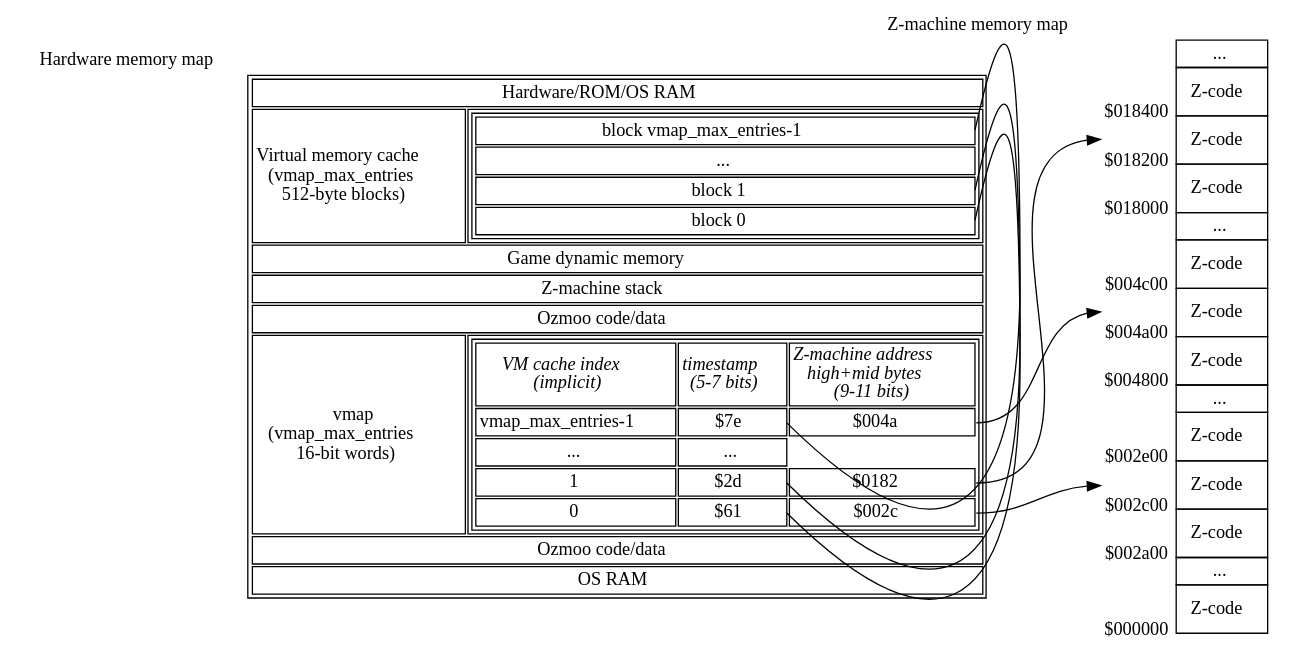
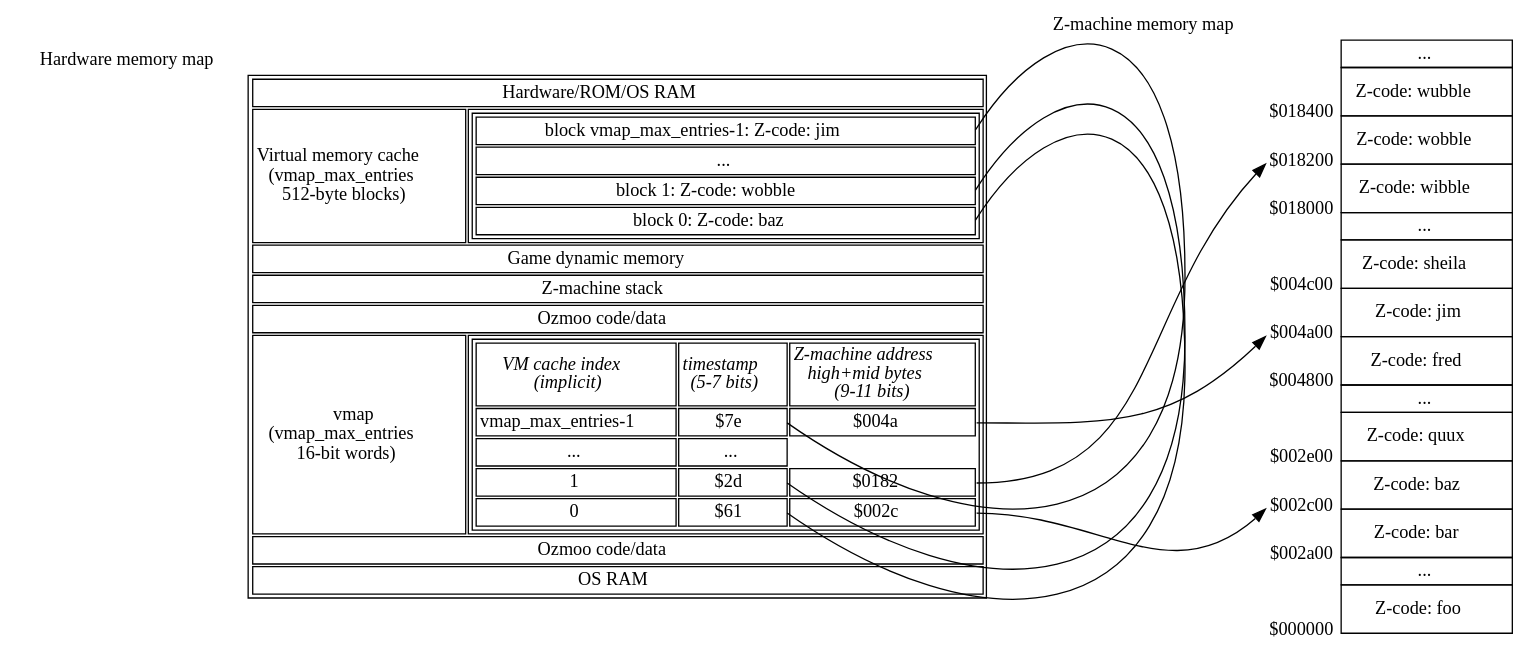
The diagram in documentation/techdocs/memory-map-1.dot (ZornsLemma/ozmoo), drawn with Graphviz before and after one commit.

Commit message:
Snapshot

```diff
--- a/documentation/techdocs/memory-map-1.dot
+++ b/documentation/techdocs/memory-map-1.dot
@@ -1,114 +1,115 @@
 digraph memory {
+    graph [nodesep=2];
     forcelabels=true;
     node [shape=plaintext];
 
     # SFTODO: Rename "top" to "ram"?
     top [xlabel="Hardware memory map", label=<
     <table>
         <tr><td colspan="2">Hardware/ROM/OS RAM</td></tr>
         <!-- SFTODO: could label start of this chunk of memory vmap_first_ram_page -->
         <tr><td>Virtual memory cache<br/>(vmap_max_entries<br/>512-byte blocks)</td>
             <td>
                 <table port="vmem">
-                    <tr><td port="lastblock">block vmap_max_entries-1</td></tr>
+                    <tr><td port="lastblock">block vmap_max_entries-1: Z-code: jim</td></tr>
                     <tr><td>...</td></tr>
-                    <tr><td port="block1">block 1</td></tr>
-                    <tr><td port="block0">block 0</td></tr>
+                    <tr><td port="block1">block 1: Z-code: wobble</td></tr>
+                    <tr><td port="block0">block 0: Z-code: baz</td></tr>
                 </table>
             </td>
         </tr>
         <tr><td colspan="2">Game dynamic memory</td></tr>
         <tr><td colspan="2">Z-machine stack</td></tr>
         <tr><td colspan="2">Ozmoo code/data</td></tr>
         <tr><td>vmap<br/>(vmap_max_entries<br/>16-bit words)</td>
             <td>
                 <table>
                     <tr>
                         <td><i>VM cache index<br/>(implicit)</i></td>
                         <td><i>timestamp<br/>(5-7 bits)</i></td>
                         <td><i>Z-machine address<br/>high+mid bytes<br/>(9-11 bits)</i></td>
                     </tr>
                     <tr><td>vmap_max_entries-1</td><td port="xlastblock">$7e</td><td port="z004a">$004a</td></tr>
                     <tr><td>...</td><td>...</td></tr>
                     <tr><td>1</td><td port="xblock1">$2d</td><td port="z0182">$0182</td></tr>
                     <tr><td>0</td><td port="xblock0">$61</td><td port="z002c">$002c</td></tr>
                 </table>
             </td>
         </tr>
         <tr><td colspan="2">Ozmoo code/data</td></tr>
         <tr><td colspan="2">OS RAM</td></tr>
     </table>>];
 
     zmachine [xlabel="Z-machine memory map", label=<
     <table border="0" cellspacing="0">
         <tr>
             <td></td>
             <td border="1">...</td>
         </tr>
         <tr>
             <td valign="bottom"><sub>$018400</sub></td>
-            <td border="1" cellpadding="10">Z-code</td>
+            <td border="1" cellpadding="10">Z-code: wubble</td>
         </tr>
         <tr>
             <td port="z0182" valign="bottom"><sub>$018200</sub></td>
-            <td border="1" cellpadding="10">Z-code</td>
+            <td border="1" cellpadding="10">Z-code: wobble</td>
         </tr>
         <tr>
             <td valign="bottom"><sub>$018000</sub></td>
-            <td border="1" cellpadding="10">Z-code</td>
+            <td border="1" cellpadding="10">Z-code: wibble</td>
         </tr>
         <tr>
             <td></td>
             <td border="1">...</td>
         </tr>
         <tr>
             <td valign="bottom"><sub>$004c00</sub></td>
-            <td border="1" cellpadding="10">Z-code</td>
+            <td border="1" cellpadding="10">Z-code: sheila</td>
         </tr>
         <tr>
             <td port="z004a" valign="bottom"><sub>$004a00</sub></td>
-            <td border="1" cellpadding="10">Z-code</td>
+            <td border="1" cellpadding="10">Z-code: jim</td>
         </tr>
         <tr>
             <td valign="bottom"><sub>$004800</sub></td>
-            <td border="1" cellpadding="10">Z-code</td>
+            <td border="1" cellpadding="10">Z-code: fred</td>
         </tr>
         <tr>
             <td></td>
             <td border="1">...</td>
         </tr>
         <tr>
             <td valign="bottom"><sub>$002e00</sub></td>
-            <td border="1" cellpadding="10">Z-code</td>
+            <td border="1" cellpadding="10">Z-code: quux</td>
         </tr>
         <tr>
             <td port="z002c" valign="bottom"><sub>$002c00</sub></td>
-            <td border="1" cellpadding="10">Z-code</td>
+            <td border="1" cellpadding="10">Z-code: baz</td>
         </tr>
         <tr>
             <td valign="bottom"><sub>$002a00</sub></td>
-            <td border="1" cellpadding="10">Z-code</td>
+            <td border="1" cellpadding="10">Z-code: bar</td>
         </tr>
         <tr>
             <td></td>
             <td border="1">...</td>
         </tr>
         <tr>
             <td valign="bottom"><sub>$000000</sub></td>
-            <td border="1" cellpadding="10">Z-code</td>
+            <td border="1" cellpadding="10">Z-code: foo</td>
         </tr>
     </table>>];
 
     {rank = same; top zmachine};
 
     # Get rid of these lines, since they don't route well?
     top:lastblock:e -> top:xlastblock:e [dir=none];
     top:block1:e -> top:xblock1:e [dir=none];
     top:block0:e -> top:xblock0:e [dir=none];
 
-    top:z004a:e -> zmachine:z004a:w;
-    top:z002c:e -> zmachine:z002c:w;
-    top:z0182:e -> zmachine:z0182:w;
+    top:z004a:e -> zmachine:z004a:sw;
+    top:z002c:e -> zmachine:z002c:sw;
+    top:z0182:e -> zmachine:z0182:sw;
 }
 
 # vi: sw=4 sts=4
```
